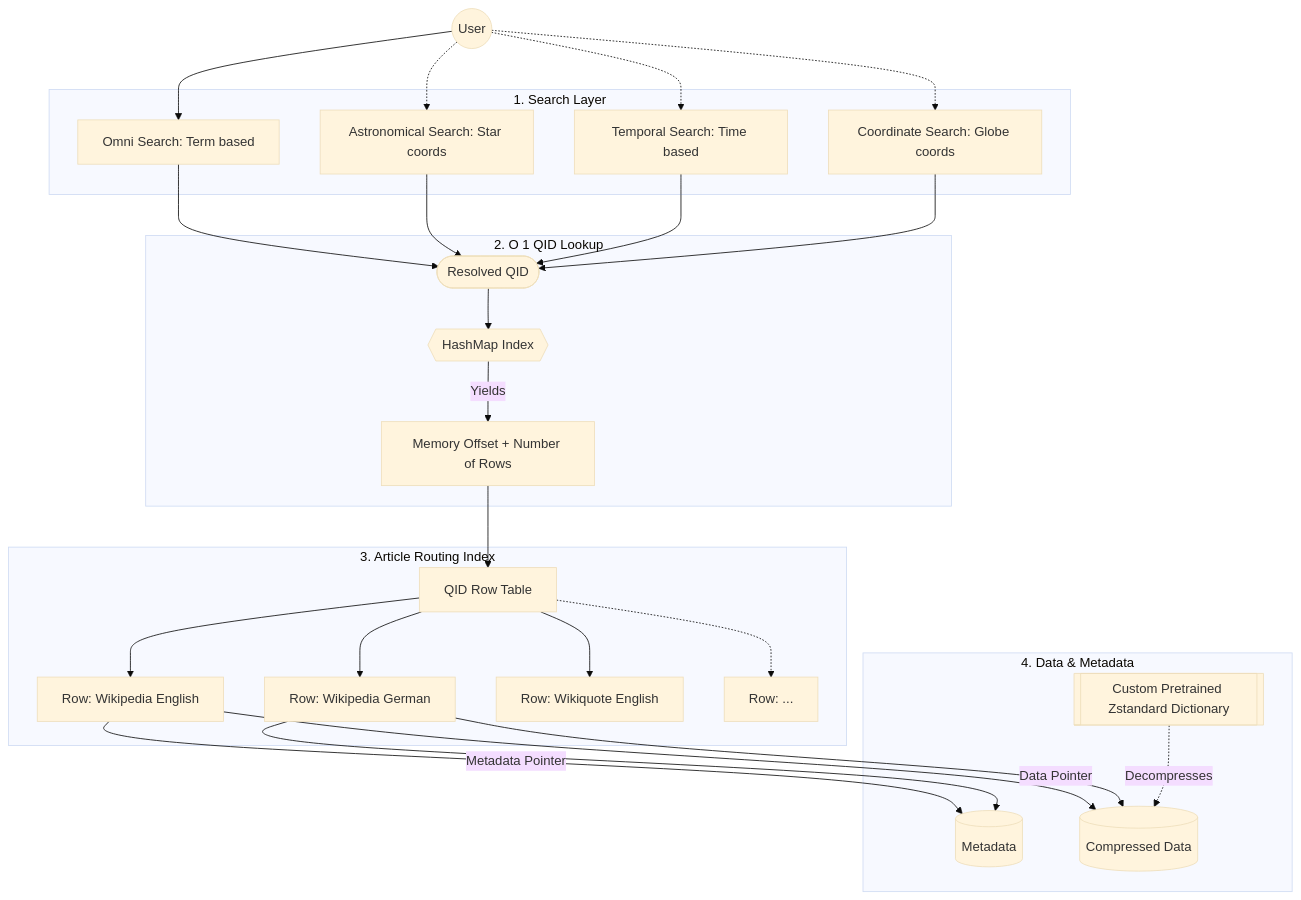
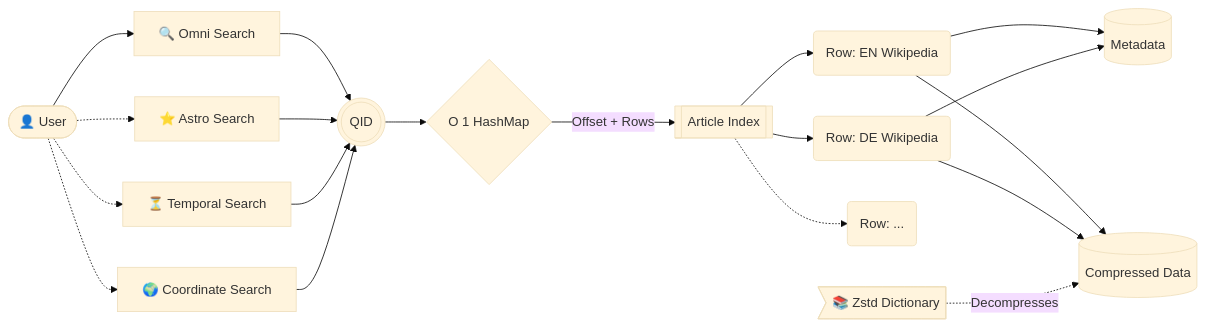
The diagram in README.md (jmueller209/WIKI_PDA), drawn with Mermaid (base theme) before and after one commit.

````diff
--- a/README.md
+++ b/README.md
@@ -1,45 +1,34 @@
 ```mermaid
-flowchart TD
-    User((User))
+flowchart LR
+    User([👤 User])
 
-    subgraph Search_Layer [1. Search Layer]
-        OS[Omni Search: Term based]
-        AS[Astronomical Search: Star coords]
-        TS[Temporal Search: Time based]
-        CS[Coordinate Search: Globe coords]
-    end
+    %% 1. Search Phase
+    User --> OS[🔍 Omni Search]
+    User -.-> AS[⭐ Astro Search]
+    User -.-> TS[⏳ Temporal Search]
+    User -.-> CS[🌍 Coordinate Search]
 
-    User --> OS
-    User -.-> AS
-    User -.-> TS
-    User -.-> CS
+    %% 2. Resolution
+    OS --> Q((( QID )))
+    AS --> Q
+    TS --> Q
+    CS --> Q
 
-    OS --> QID([Resolved QID])
-    AS --> QID
-    TS --> QID
-    CS --> QID
+    %% 3. Lookup
+    Q --> HM{O 1 HashMap}
+    HM -->|Offset + Rows| IDX[[Article Index]]
 
-    subgraph Lookup [2. O 1 QID Lookup]
-        QID --> HM{{HashMap Index}}
-        HM -->|Yields| Pointers[Memory Offset + Number of Rows]
-    end
+    %% 4. Routing
+    IDX --> R1(Row: EN Wikipedia)
+    IDX --> R2(Row: DE Wikipedia)
+    IDX -.-> RN(Row: ...)
 
-    subgraph Routing [3. Article Routing Index]
-        Pointers --> AI[QID Row Table]
-        AI --> Row1[Row: Wikipedia English]
-        AI --> Row2[Row: Wikipedia German]
-        AI --> Row3[Row: Wikiquote English]
-        AI -.-> RowN[Row: ...]
-    end
+    %% 5. Storage & Decoding
+    R1 --> MD[(Metadata)]
+    R1 --> DAT[(Compressed Data)]
+    
+    R2 --> MD
+    R2 --> DAT
 
-    subgraph Storage [4. Data & Metadata]
-        Row1 -->|Metadata Pointer| Meta[(Metadata)]
-        Row1 -->|Data Pointer| Data[(Compressed Data)]
-        
-        Row2 --> Meta
-        Row2 --> Data
-        
-        ZSTD[[Custom Pretrained Zstandard Dictionary]]
-        ZSTD -.->|Decompresses| Data
-    end
+    ZSTD>📚 Zstd Dictionary] -.->|Decompresses| DAT
 ```
````
